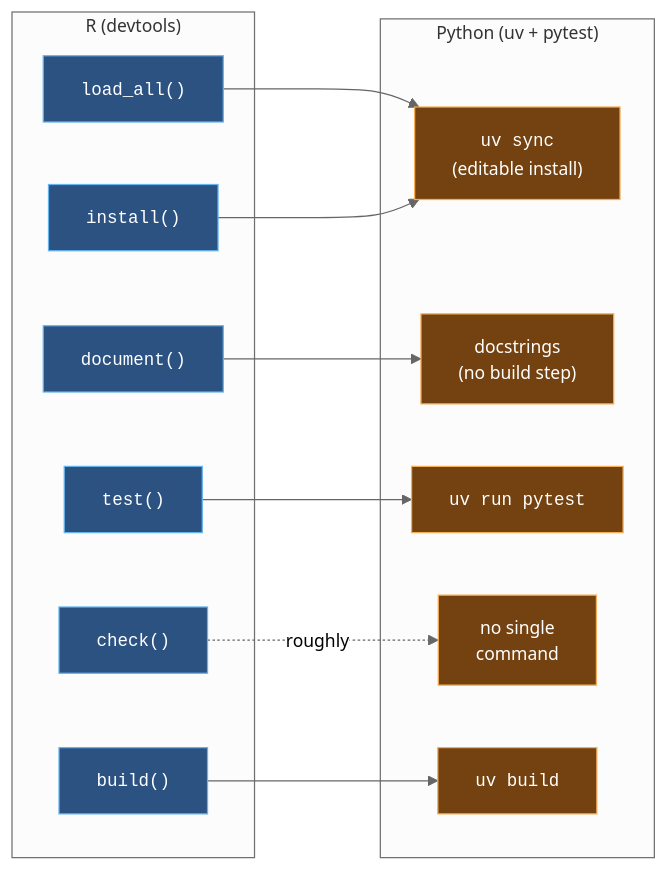
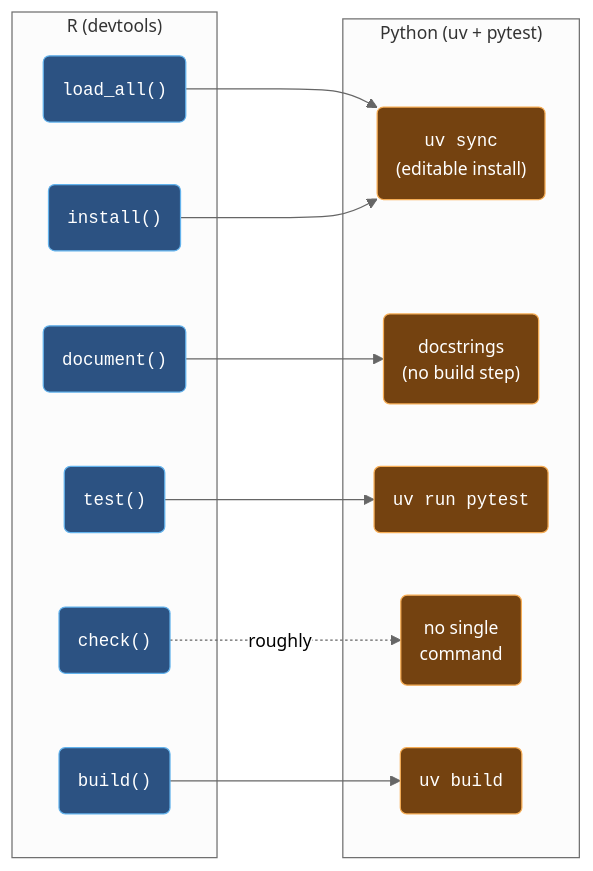
The fourth of 4 diagrams in packages.qmd (mjfrigaard/shiny-py-pkgs), drawn with Mermaid before and after one commit. The commit also changed other lines of this file, not shown here.

Commit message:
revisions to packages #2

````diff
--- a/packages.qmd
+++ b/packages.qmd
@@ -634,36 +636,36 @@
 ```{mermaid}
 %%| fig-cap: 'devtools functions and their uv and pytest counterparts'
 %%| fig-align: center
 %%{init: {'theme': 'neutral', 'themeVariables': { 'fontFamily': 'monospace', "fontSize":"14px"}}}%%
 
 flowchart LR
     subgraph RLoop["R (devtools)"]
-        LA["<code>load_all()</code>"]
-        DOC["<code>document()</code>"]
-        TST["<code>test()</code>"]
-        CHK["<code>check()</code>"]
-        INS["<code>install()</code>"]
-        BLD["<code>build()</code>"]
+        LA("<code>load_all()</code>")
+        DOC("<code>document()</code>")
+        TST("<code>test()</code>")
+        CHK("<code>check()</code>")
+        INS("<code>install()</code>")
+        BLD("<code>build()</code>")
     end
 
     subgraph PyLoop["Python (uv + pytest)"]
-        SYNC["<code>uv sync</code><br/>(editable install)"]
-        DS["docstrings<br/>(no build step)"]
-        PT["<code>uv run pytest</code>"]
-        NONE["no single<br/>command"]
-        UB["<code>uv build</code>"]
+        SYNC("<code>uv sync</code><br/>(editable install)")
+        DS("docstrings<br/>(no build step)")
+        PT("<code>uv run pytest</code>")
+        NONE("no single<br/>command")
+        UB("<code>uv build</code>")
     end
 
     LA --> SYNC
     INS --> SYNC
     DOC --> DS
     TST --> PT
     CHK -.->|"roughly"| NONE
     BLD --> UB
 
     classDef rStyle fill:#2c5282,stroke:#63b3ed,color:#fff
     classDef pyStyle fill:#744210,stroke:#f6ad55,color:#fff
 
     class LA,DOC,TST,CHK,INS,BLD rStyle
     class SYNC,DS,PT,NONE,UB pyStyle
 ```
````
